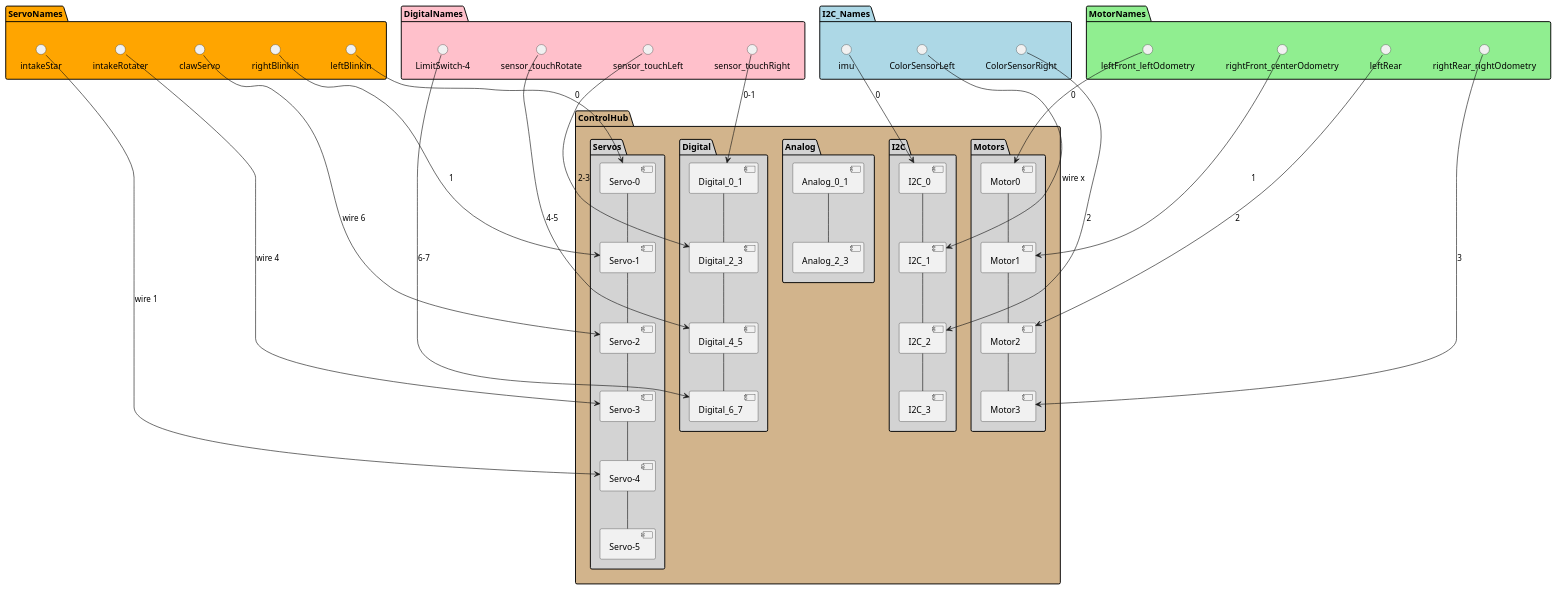
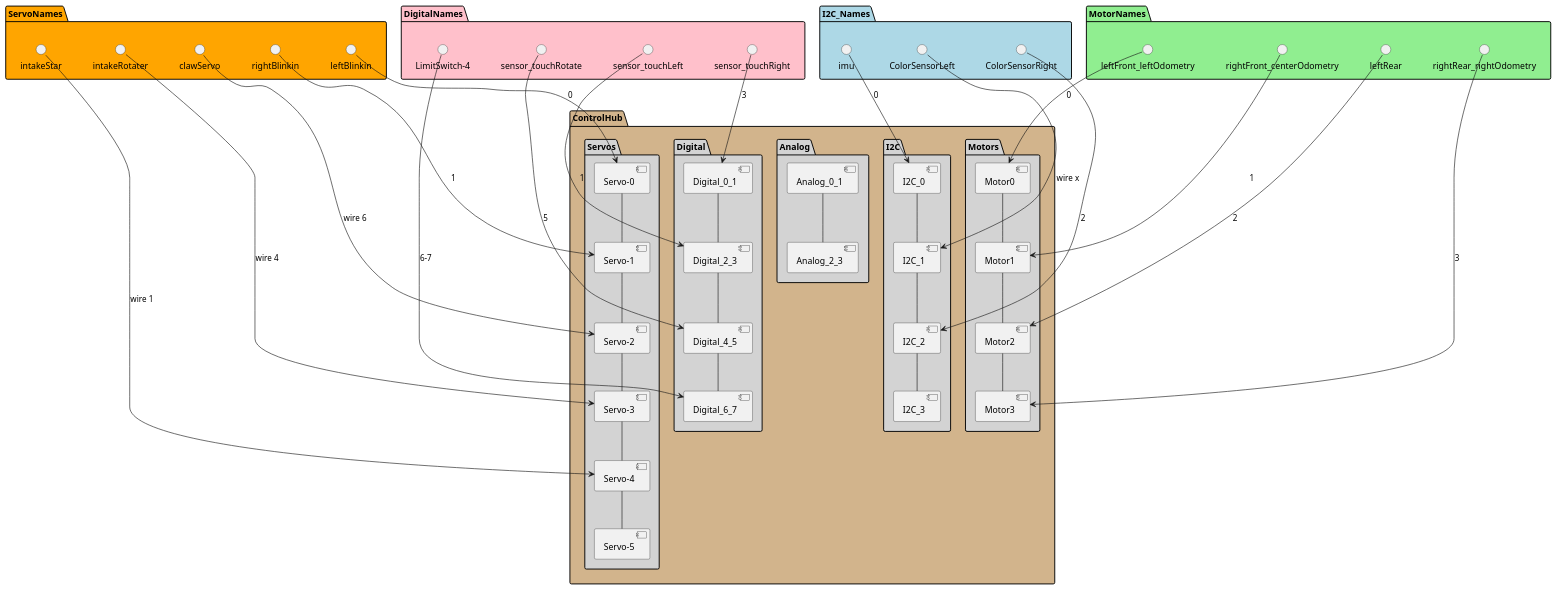
One commit to ShearForce-Software/ShearForce-Into-the-Deep-10.0 changed the diagram in TeamCode/src/main/java/org/firstinspires/ftc/teamcode/Geronimo/Diagrams/Configuration_ControlHub.puml. Above: the diagram before and after it, drawn with PlantUML. The commit also changed 7 other files, not shown here.

```diff
--- a/TeamCode/src/main/java/org/firstinspires/ftc/teamcode/Geronimo/Diagrams/Configuration_ControlHub.puml
+++ b/TeamCode/src/main/java/org/firstinspires/ftc/teamcode/Geronimo/Diagrams/Configuration_ControlHub.puml
@@ -1,66 +1,66 @@
 @startuml
 
 
 package ControlHub #Tan {
   package Motors #LightGrey {
     [Motor0] -- [Motor1]
     [Motor1] -- [Motor2]
     [Motor2] -- [Motor3]
   }
 
   package Servos #LightGrey {
    [Servo-0] -- [Servo-1]
    [Servo-1] -- [Servo-2]
    [Servo-2] -- [Servo-3]
    [Servo-3] -- [Servo-4]
    [Servo-4] -- [Servo-5]
   }
 
   package Analog #LightGrey {
    [Analog_0_1] -- [Analog_2_3]
   }
 
   package Digital #LightGrey {
    [Digital_0_1] -- [Digital_2_3]
    [Digital_2_3] -- [Digital_4_5]
    [Digital_4_5] -- [Digital_6_7]
   }
 
   package I2C #LightGrey {
    [I2C_0] -- [I2C_1]
    [I2C_1] -- [I2C_2]
    [I2C_2] -- [I2C_3]
 
   }
 }
 
 package MotorNames #LightGreen {
   () "leftFront_leftOdometry" --> [Motor0] : 0
   () "rightFront_centerOdometry" --> [Motor1] : 1
   () "leftRear" --> [Motor2] : 2
   () "rightRear_rightOdometry" --> [Motor3] : 3
 }
 
 package ServoNames #Orange {
   () "leftBlinkin" --> [Servo-0] : 0
   () "rightBlinkin" --> [Servo-1] : 1
   () "clawServo" --> [Servo-2] : wire 6
   () "intakeRotater" --> [Servo-3] : wire 4
   () "intakeStar" --> [Servo-4] : wire 1
 }
 
 package DigitalNames #Pink {
-  () "sensor_touchRight" --> [Digital_0_1] : 0-1
-  () "sensor_touchLeft" --> [Digital_2_3] : 2-3
-  () "sensor_touchRotate" --> [Digital_4_5] : 4-5
+  () "sensor_touchRight" --> [Digital_0_1] : 3
+  () "sensor_touchLeft" --> [Digital_2_3] : 1
+  () "sensor_touchRotate" --> [Digital_4_5] : 5
   () "LimitSwitch-4" --> [Digital_6_7] : 6-7
 }
 
 package I2C_Names #LightBlue {
   () "imu" --> [I2C_0] : 0
   () "ColorSensorLeft" --> [I2C_1] : wire x
   () "ColorSensorRight" --> [I2C_2] : 2
 
 }
 
 @enduml
```
